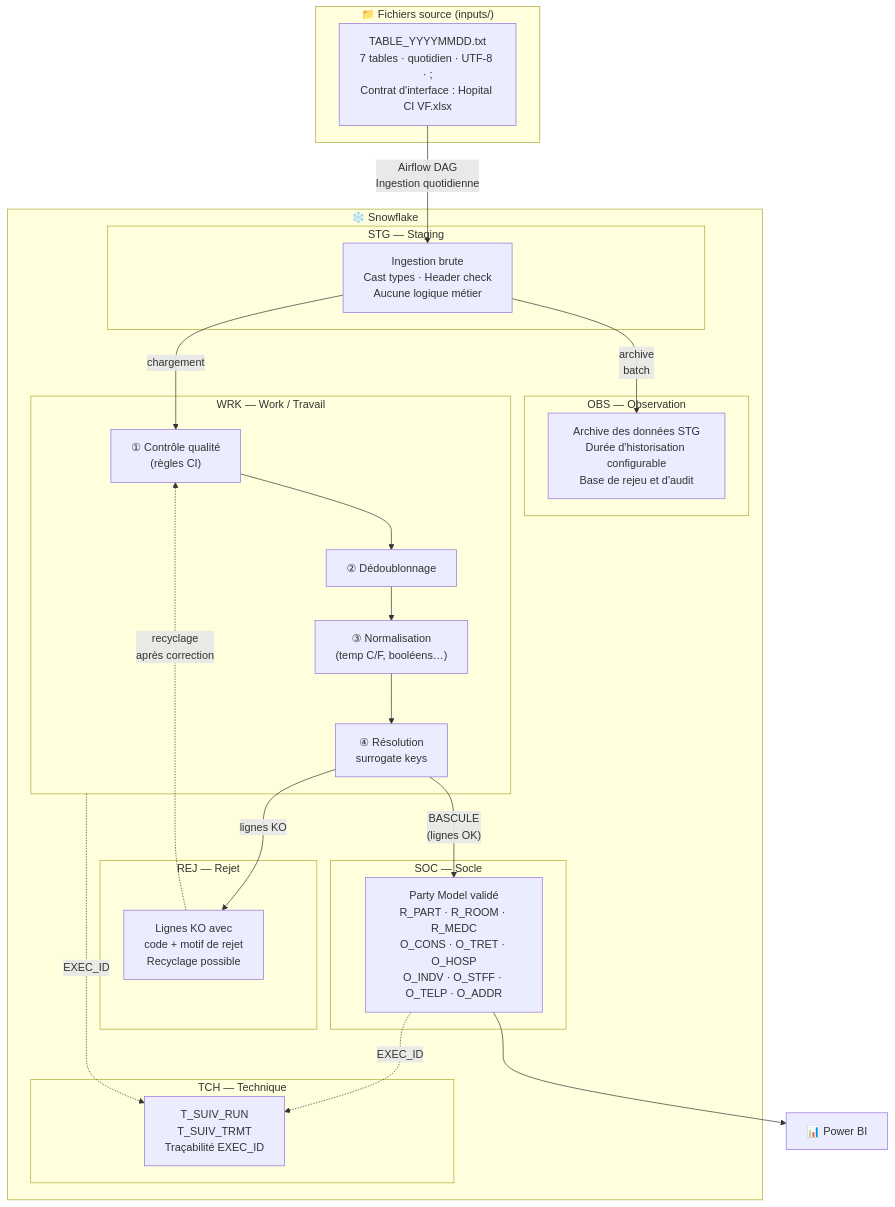
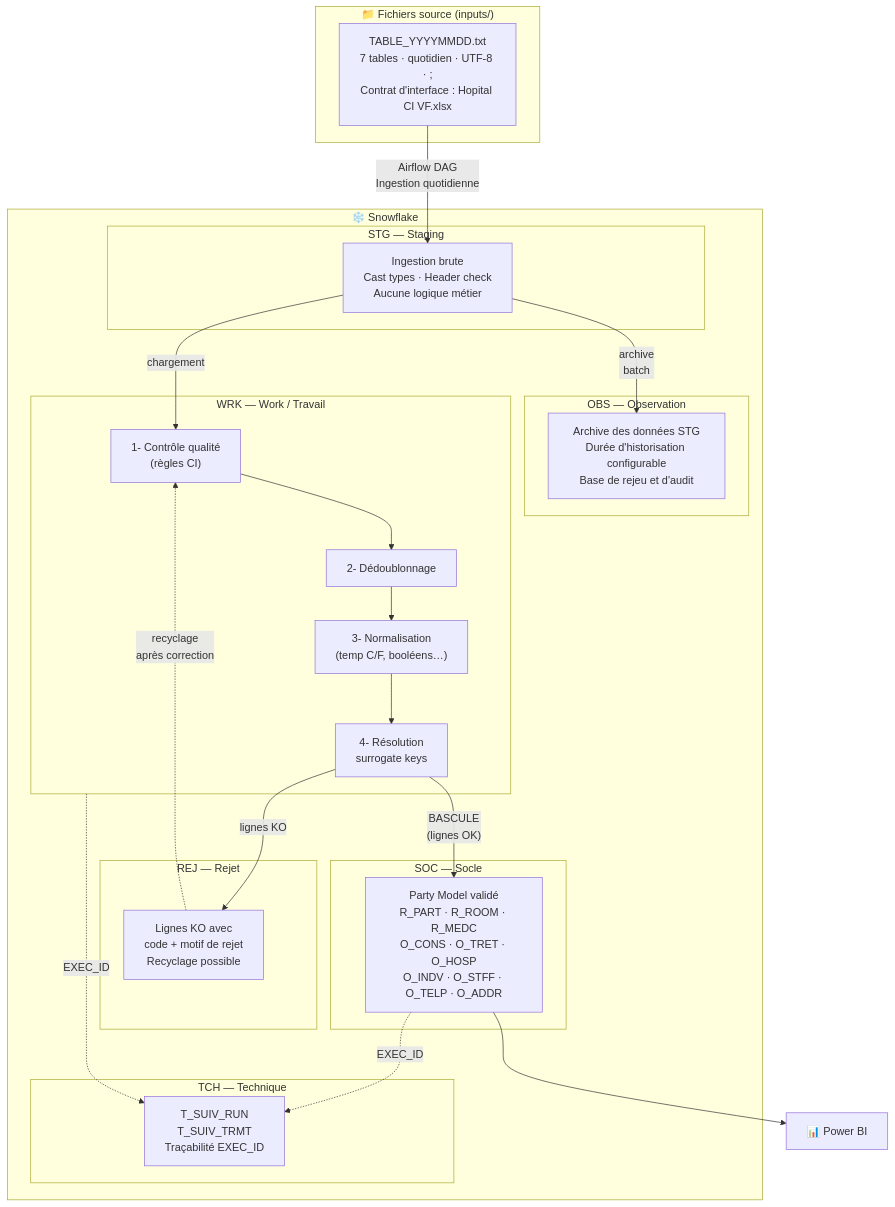
One commit to Pierrafrom/bi-platform changed the diagram in docs/README.md. Above: the diagram before and after it, drawn with Mermaid. The commit also changed other lines of this file and 11 other files, not shown here.

````diff
--- a/docs/README.md
+++ b/docs/README.md
@@ -20,49 +20,49 @@
 ```mermaid
 flowchart TD
     subgraph SRC["📁 Fichiers source (inputs/)"]
         F["TABLE_YYYYMMDD.txt\n7 tables · quotidien · UTF-8 · ;\nContrat d'interface : Hopital CI VF.xlsx"]
     end
 
     subgraph SNF["❄️ Snowflake"]
         subgraph STG["STG — Staging"]
             S["Ingestion brute\nCast types · Header check\nAucune logique métier"]
         end
 
         subgraph OBS["OBS — Observation"]
             O["Archive des données STG\nDurée d'historisation configurable\nBase de rejeu et d'audit"]
         end
 
         subgraph WRK["WRK — Work / Travail"]
-            W1["① Contrôle qualité\n(règles CI)"]
-            W2["② Dédoublonnage"]
-            W3["③ Normalisation\n(temp C/F, booléens…)"]
-            W4["④ Résolution\nsurrogate keys"]
+            W1["1- Contrôle qualité\n(règles CI)"]
+            W2["2- Dédoublonnage"]
+            W3["3- Normalisation\n(temp C/F, booléens…)"]
+            W4["4- Résolution\nsurrogate keys"]
             W1 --> W2 --> W3 --> W4
         end
 
         subgraph REJ["REJ — Rejet"]
             R["Lignes KO avec\ncode + motif de rejet\nRecyclage possible"]
         end
 
         subgraph SOC["SOC — Socle"]
             SC["Party Model validé\nR_PART · R_ROOM · R_MEDC\nO_CONS · O_TRET · O_HOSP\nO_INDV · O_STFF · O_TELP · O_ADDR"]
         end
 
         subgraph TCH["TCH — Technique"]
             T["T_SUIV_RUN\nT_SUIV_TRMT\nTraçabilité EXEC_ID"]
         end
 
         S -->|"archive\nbatch"| O
         S -->|"chargement"| W1
         W4 -->|"lignes KO"| R
         W4 -->|"BASCULE\n(lignes OK)"| SC
         R -.->|"recyclage\naprès correction"| W1
         SC -.->|"EXEC_ID"| T
         WRK -.->|"EXEC_ID"| T
     end
 
     F -->|"Airflow DAG\nIngestion quotidienne"| S
 
     PBI["📊 Power BI"]
     SC --> PBI
 ```
````
